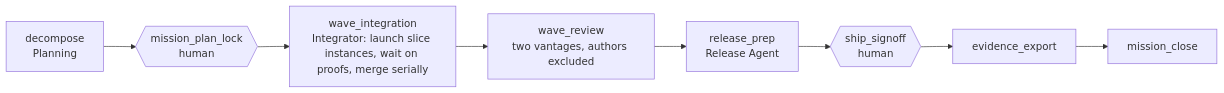
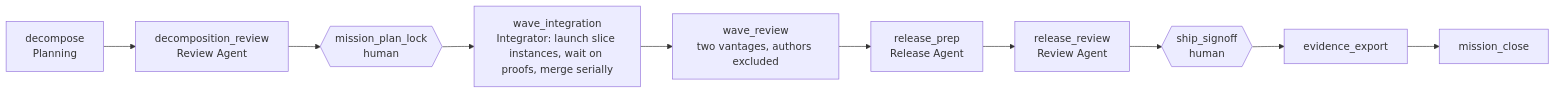
The second of 4 diagrams in docs/ARCHITECTURE.md (aurbanow1/url-shortener-agentic-sdlc), drawn with Mermaid before and after one commit. The commit also changed other lines of this file and 12 other files, not shown here.

````diff
--- a/docs/ARCHITECTURE.md
+++ b/docs/ARCHITECTURE.md
@@ -84,9 +84,11 @@
 ```mermaid
 flowchart LR
-  DEC[decompose<br/>Planning] --> MPL{{mission_plan_lock<br/>human}}
+  DEC[decompose<br/>Planning] --> DR[decomposition_review<br/>Review Agent]
+  DR --> MPL{{mission_plan_lock<br/>human}}
   MPL --> WI[wave_integration<br/>Integrator: launch slice instances, wait on proofs, merge serially]
   WI --> WR[wave_review<br/>two vantages, authors excluded]
   WR --> RP[release_prep<br/>Release Agent]
-  RP --> SS{{ship_signoff<br/>human}}
+  RP --> RR[release_review<br/>Review Agent]
+  RR --> SS{{ship_signoff<br/>human}}
   SS --> EX[evidence_export] --> MC[mission_close]
 ```
````
